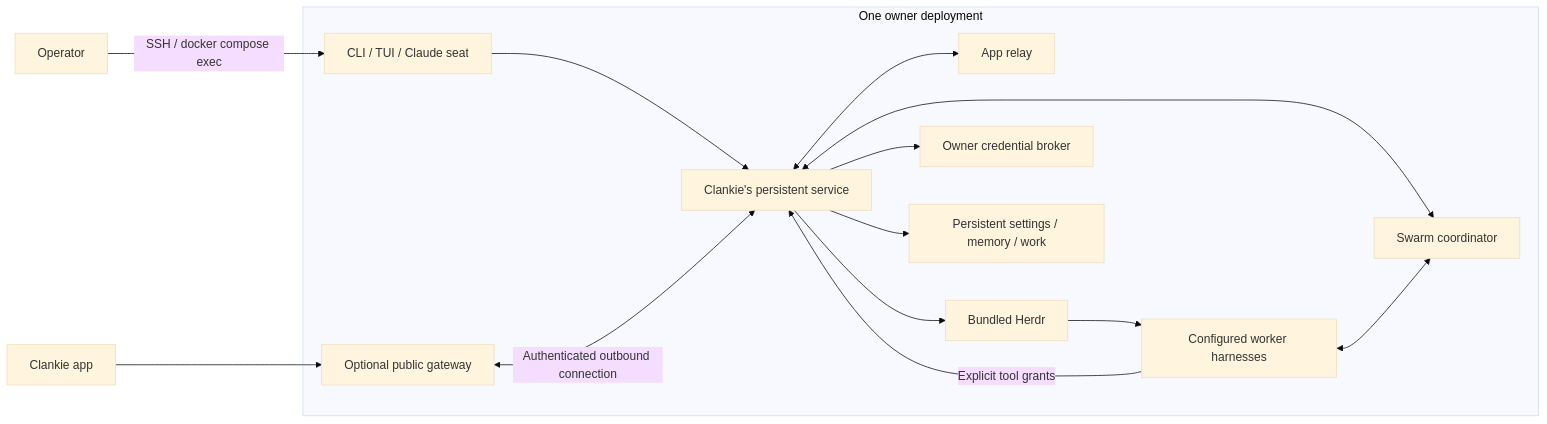
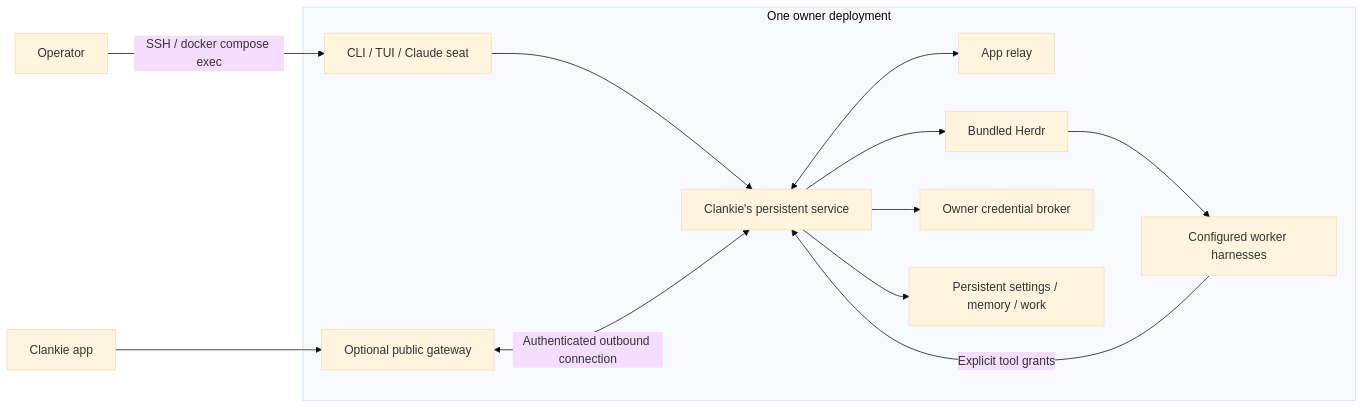
Before and after one commit to Volpestyle/clankie: the diagram in infra/hosted/README.md, drawn with Mermaid (base theme). The commit also changed other lines of this file and 122 other files, not shown here.

````diff
--- a/infra/hosted/README.md
+++ b/infra/hosted/README.md
@@ -14,17 +14,15 @@
 ```mermaid
 flowchart LR
   Operator[Operator] -->|SSH / docker compose exec| CLI[CLI / TUI / Claude seat]
   App[Clankie app] --> Gateway[Optional public gateway]
   subgraph Owner[One owner deployment]
     CLI --> Captain[Clankie's persistent service]
     Gateway <-->|Authenticated outbound connection| Captain
     Captain <--> Relay[App relay]
-    Captain <--> Swarm[Swarm coordinator]
     Captain --> Herdr[Bundled Herdr]
     Herdr --> Workers[Configured worker harnesses]
-    Workers <--> Swarm
     Workers -->|Explicit tool grants| Captain
     Captain --> Broker[Owner credential broker]
     Captain --> State[Persistent settings / memory / work]
   end
 ```
````
